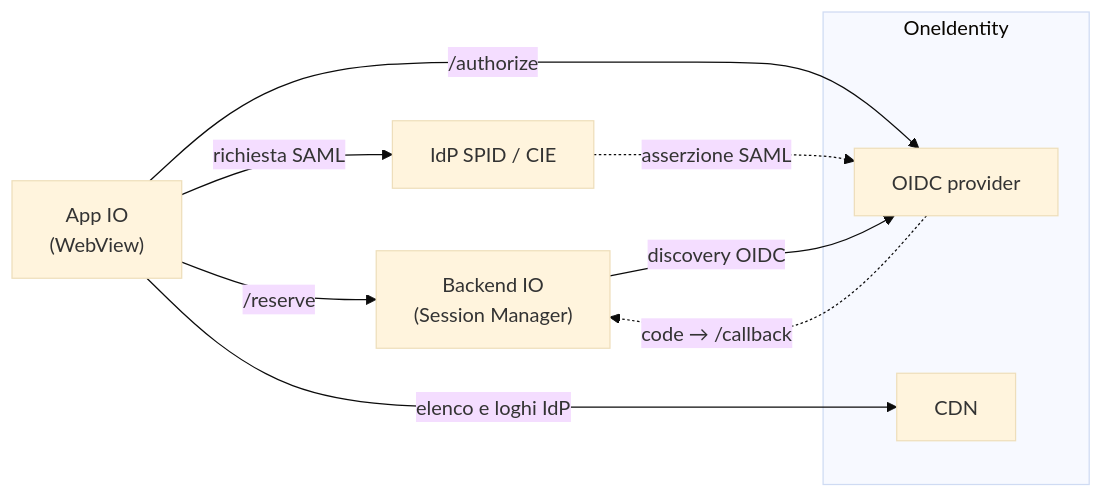
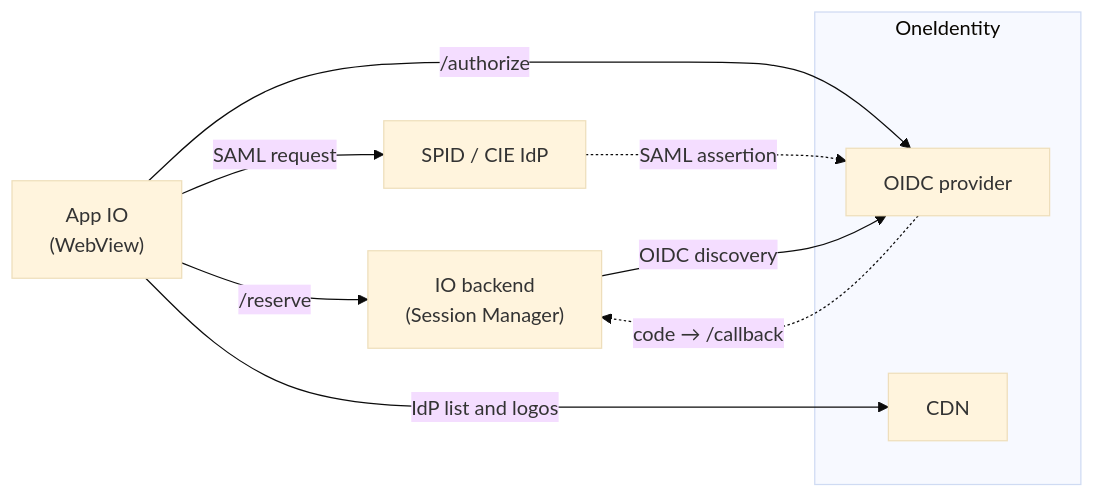
The first of 3 diagrams in docs/authentication/login-flows.md (pagopa/io-app), drawn with Mermaid (base theme) before and after one commit. The commit also changed other lines of this file, not shown here.

Commit message:
docs(authentication): [IOPID-4100] translate login flows guide to English

````diff
--- a/docs/authentication/login-flows.md
+++ b/docs/authentication/login-flows.md
@@ -21,17 +21,17 @@
 ```mermaid
 flowchart LR
     App["App IO<br/>(WebView)"]
-    BE["Backend IO<br/>(Session Manager)"]
+    BE["IO backend<br/>(Session Manager)"]
     subgraph OI["OneIdentity"]
         BB["OIDC provider"]
         CDN["CDN"]
     end
-    IdP["IdP SPID / CIE"]
+    IdP["SPID / CIE IdP"]
     App -->|"/reserve"| BE
     App -->|"/authorize"| BB
-    App -->|"richiesta SAML"| IdP
-    App -->|"elenco e loghi IdP"| CDN
-    IdP -.->|"asserzione SAML"| BB
+    App -->|"SAML request"| IdP
+    App -->|"IdP list and logos"| CDN
+    IdP -.->|"SAML assertion"| BB
     BB -.->|"code → /callback"| BE
-    BE -->|"discovery OIDC"| BB
+    BE -->|"OIDC discovery"| BB
 ```
````
